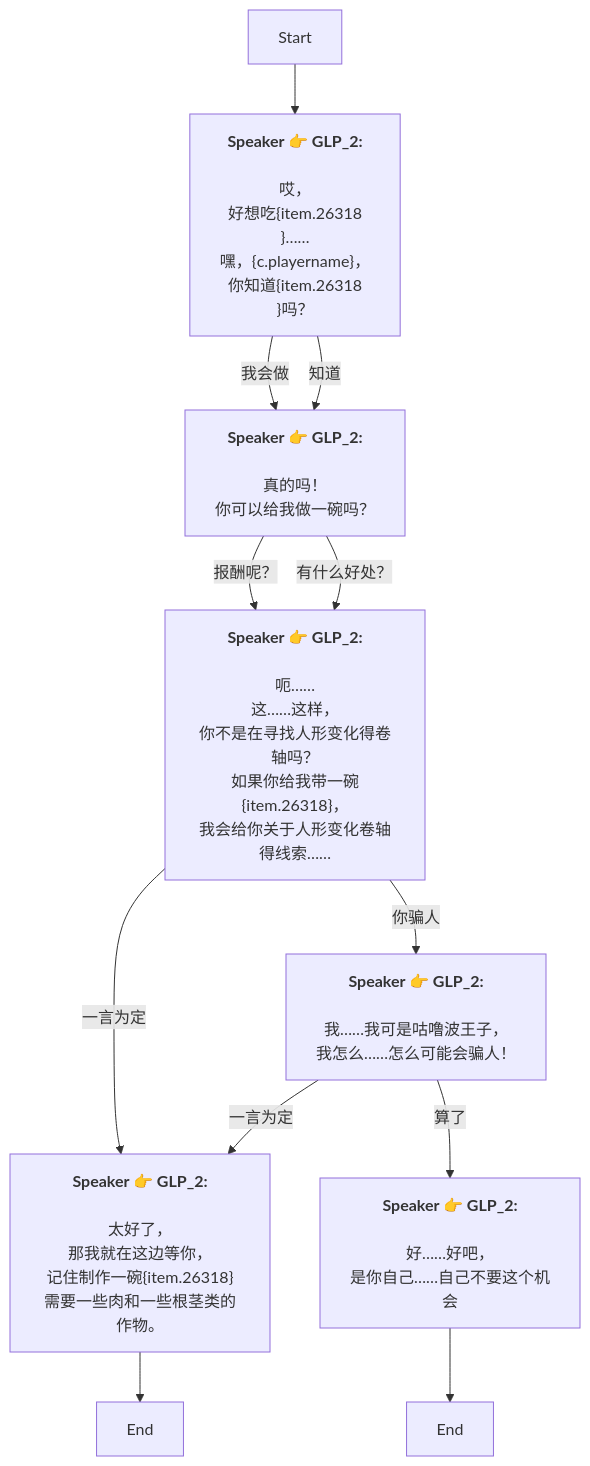
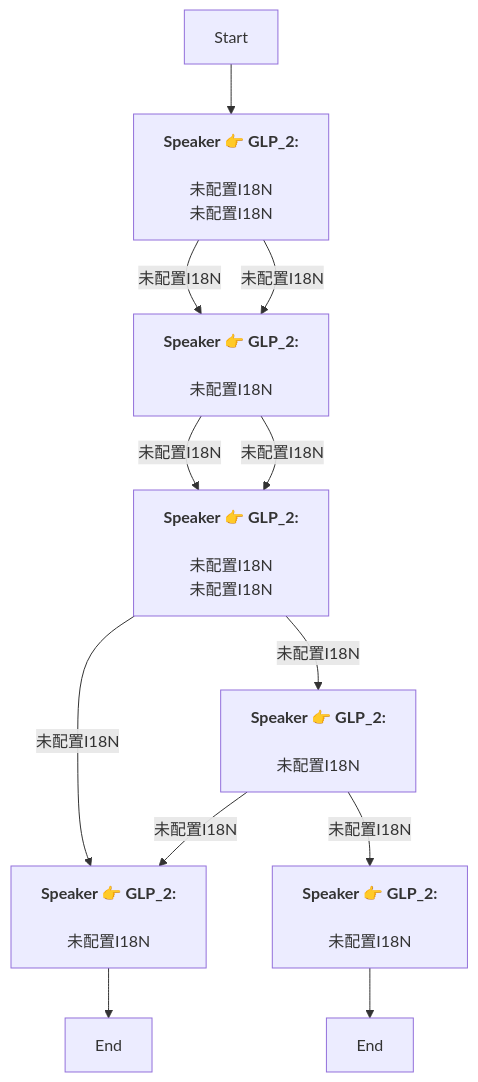
One commit to SoftHu/tos_avg changed the diagram in Zh/QuestTalkObjectiveNode_1761998734458584.md. Above: the diagram before and after it, drawn with Mermaid. The commit also changed 730 other files, not shown here.

````diff
--- a/Zh/QuestTalkObjectiveNode_1761998734458584.md
+++ b/Zh/QuestTalkObjectiveNode_1761998734458584.md
@@ -1,42 +1,24 @@
 ```mermaid
 graph
 Start -->1761998885248731[<b>Speaker 👉 GLP_2:</b>
-\n哎，
-好想吃&lbrace;item.26318
-&rbrace;……\n嘿，&lbrace;c.playername&rbrace;，
-你知道&lbrace;item.26318
-&rbrace;吗？]
-1761998885248731 -->|我会做|1761999334936289[<b>Speaker 👉 GLP_2:</b>
-\n真的吗！
-你可以给我做一碗吗？]
-1761998885248731 -->|知道|1761999334936289[<b>Speaker 👉 GLP_2:</b>
-\n真的吗！
-你可以给我做一碗吗？]
-1761999334936289 -->|报酬呢？|1761999398122215[<b>Speaker 👉 GLP_2:</b>
-\n呃……
-这……这样，
-你不是在寻找人形变化得卷轴吗？\n如果你给我带一碗&lbrace;item.26318&rbrace;，
-我会给你关于人形变化卷轴得线索……]
-1761999334936289 -->|有什么好处？|1761999398122215[<b>Speaker 👉 GLP_2:</b>
-\n呃……
-这……这样，
-你不是在寻找人形变化得卷轴吗？\n如果你给我带一碗&lbrace;item.26318&rbrace;，
-我会给你关于人形变化卷轴得线索……]
-1761999398122215 -->|一言为定|1761999863779073[<b>Speaker 👉 GLP_2:</b>
-\n太好了，
-那我就在这边等你，
-记住制作一碗&lbrace;item.26318&rbrace;需要一些肉和一些根茎类的作物。]
-1761999398122215 -->|你骗人|1761999809644288[<b>Speaker 👉 GLP_2:</b>
-\n我……我可是咕噜波王子，
-我怎么……怎么可能会骗人！]
-1761999809644288 -->|算了|1761999976316682[<b>Speaker 👉 GLP_2:</b>
-\n好……好吧，
-是你自己……自己不要这个机会]
-1761999809644288 -->|一言为定|1761999863779073[<b>Speaker 👉 GLP_2:</b>
-\n太好了，
-那我就在这边等你，
-记住制作一碗&lbrace;item.26318&rbrace;需要一些肉和一些根茎类的作物。]
+\n未配置I18N\n未配置I18N]
+1761998885248731 -->|未配置I18N|1761999334936289[<b>Speaker 👉 GLP_2:</b>
+\n未配置I18N]
+1761998885248731 -->|未配置I18N|1761999334936289[<b>Speaker 👉 GLP_2:</b>
+\n未配置I18N]
+1761999334936289 -->|未配置I18N|1761999398122215[<b>Speaker 👉 GLP_2:</b>
+\n未配置I18N\n未配置I18N]
+1761999334936289 -->|未配置I18N|1761999398122215[<b>Speaker 👉 GLP_2:</b>
+\n未配置I18N\n未配置I18N]
+1761999398122215 -->|未配置I18N|1761999863779073[<b>Speaker 👉 GLP_2:</b>
+\n未配置I18N]
+1761999398122215 -->|未配置I18N|1761999809644288[<b>Speaker 👉 GLP_2:</b>
+\n未配置I18N]
+1761999809644288 -->|未配置I18N|1761999976316682[<b>Speaker 👉 GLP_2:</b>
+\n未配置I18N]
+1761999809644288 -->|未配置I18N|1761999863779073[<b>Speaker 👉 GLP_2:</b>
+\n未配置I18N]
 1761999863779073 -->1761999770123007[End]
 1761999976316682 -->1761999964552969[End]
 
 ```
````
